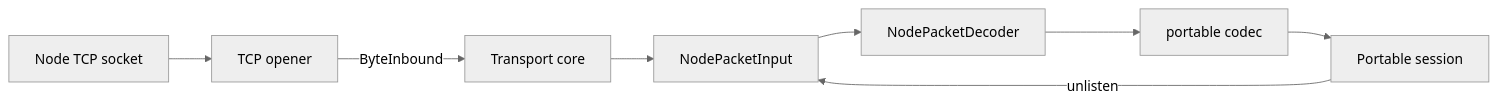
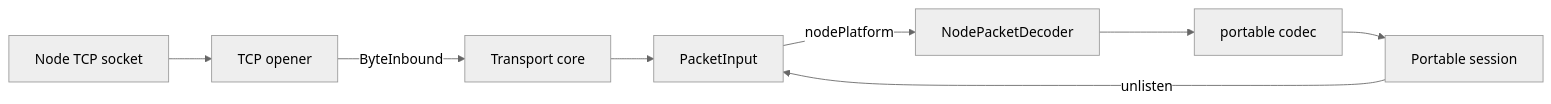
Before and after one commit to dvkam/mqtt: the diagram in docs/tcp-packet-input.md, drawn with Mermaid (neutral theme).

Commit message:
Show PacketInput and nodePlatform in the TCP ownership diagram

````diff
--- a/docs/tcp-packet-input.md
+++ b/docs/tcp-packet-input.md
@@ -33,10 +33,10 @@
 ```mermaid
 flowchart LR
   Socket[Node TCP socket] --> Opener[TCP opener]
   Opener -->|ByteInbound| Transport[Transport core]
-  Transport --> Input[NodePacketInput]
-  Input --> Decoder[NodePacketDecoder]
+  Transport --> Input[PacketInput]
+  Input -->|nodePlatform| Decoder[NodePacketDecoder]
   Decoder --> Native[portable codec]
   Native --> Core[Portable session]
   Core -->|unlisten| Input
 ```
````
